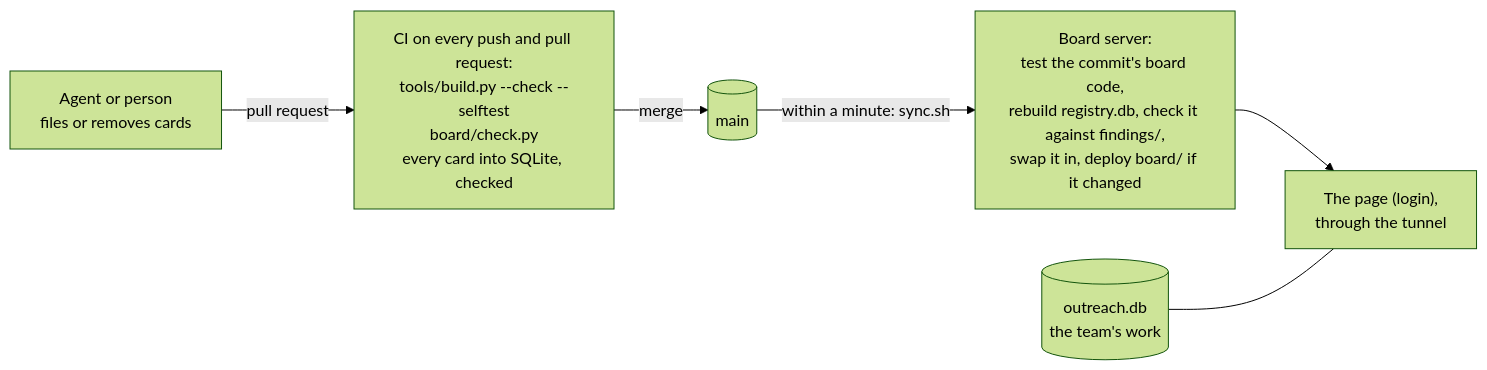
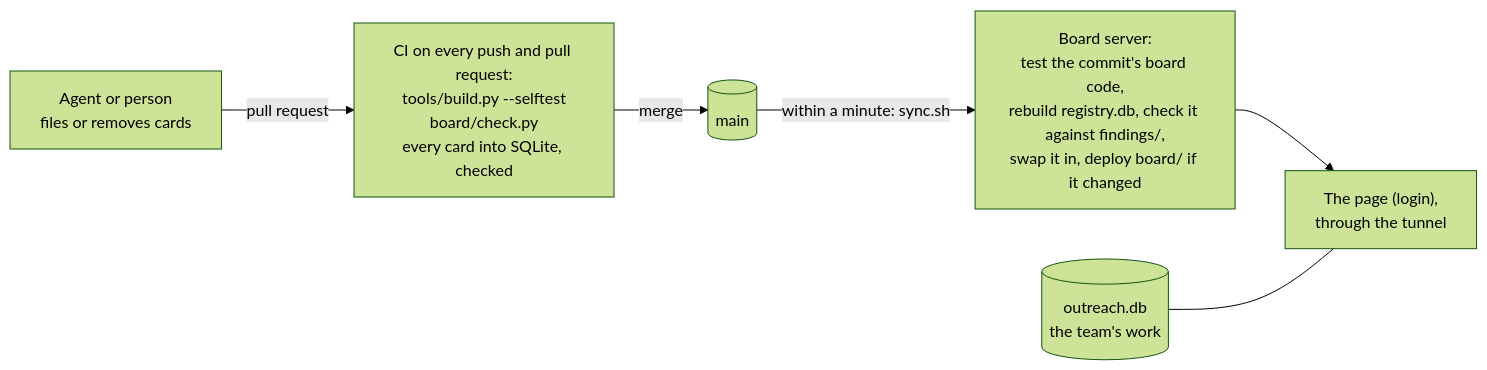
Before and after one commit to CPerezz/pq-chain-analysis: the diagram in board/README.md, drawn with Mermaid (forest theme). The commit also changed other lines of this file and 1083 other files, not shown here.

````diff
--- a/board/README.md
+++ b/board/README.md
@@ -11,8 +11,8 @@
 ```mermaid
 flowchart LR
-  A["Agent or person<br/>files or removes cards"] -->|pull request| CI["CI on every push and pull request:<br/>tools/build.py --check --selftest<br/>board/check.py<br/>every card into SQLite, checked"]
+  A["Agent or person<br/>files or removes cards"] -->|pull request| CI["CI on every push and pull request:<br/>tools/build.py --selftest<br/>board/check.py<br/>every card into SQLite, checked"]
   CI -->|merge| M[(main)]
   M -->|"within a minute: sync.sh"| S["Board server:<br/>test the commit's board code,<br/>rebuild registry.db, check it against findings/,<br/>swap it in, deploy board/ if it changed"]
   S --> P["The page (login),<br/>through the tunnel"]
   O[(outreach.db<br/>the team's work)] --- P
 ```
````
